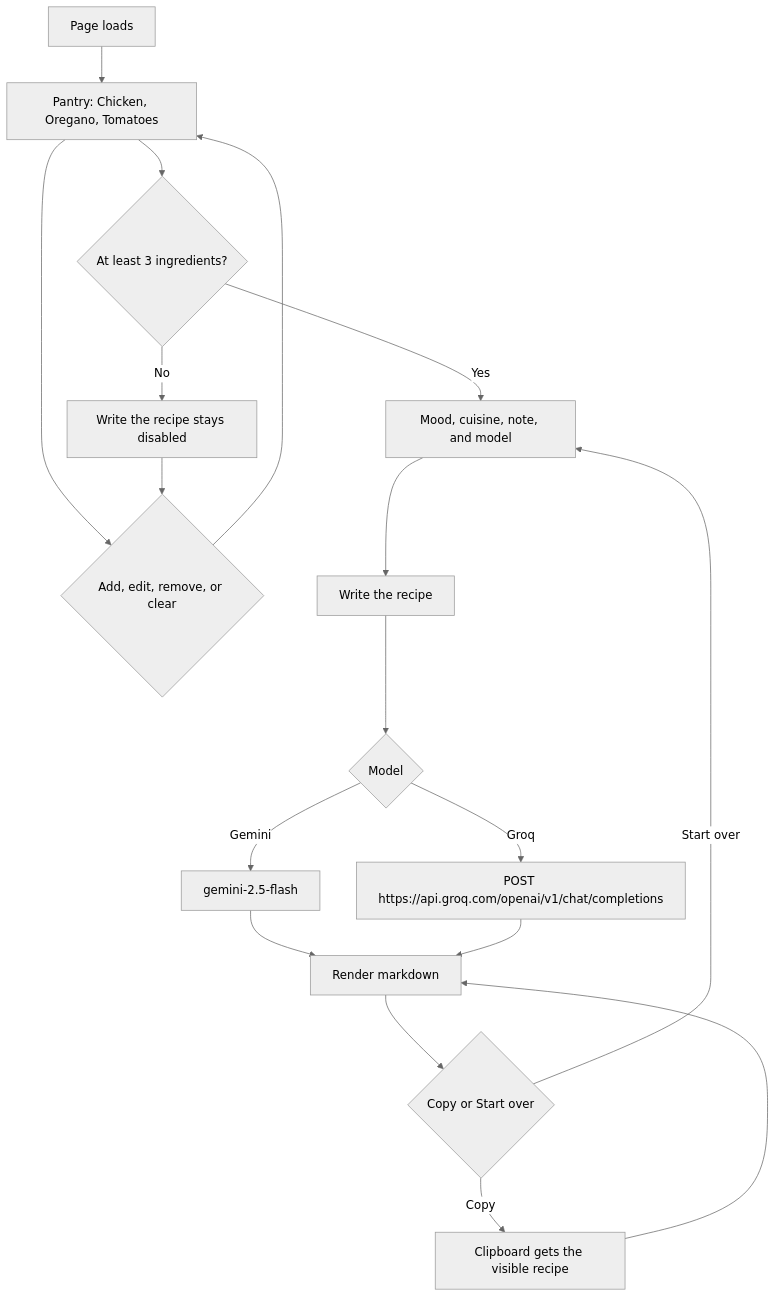
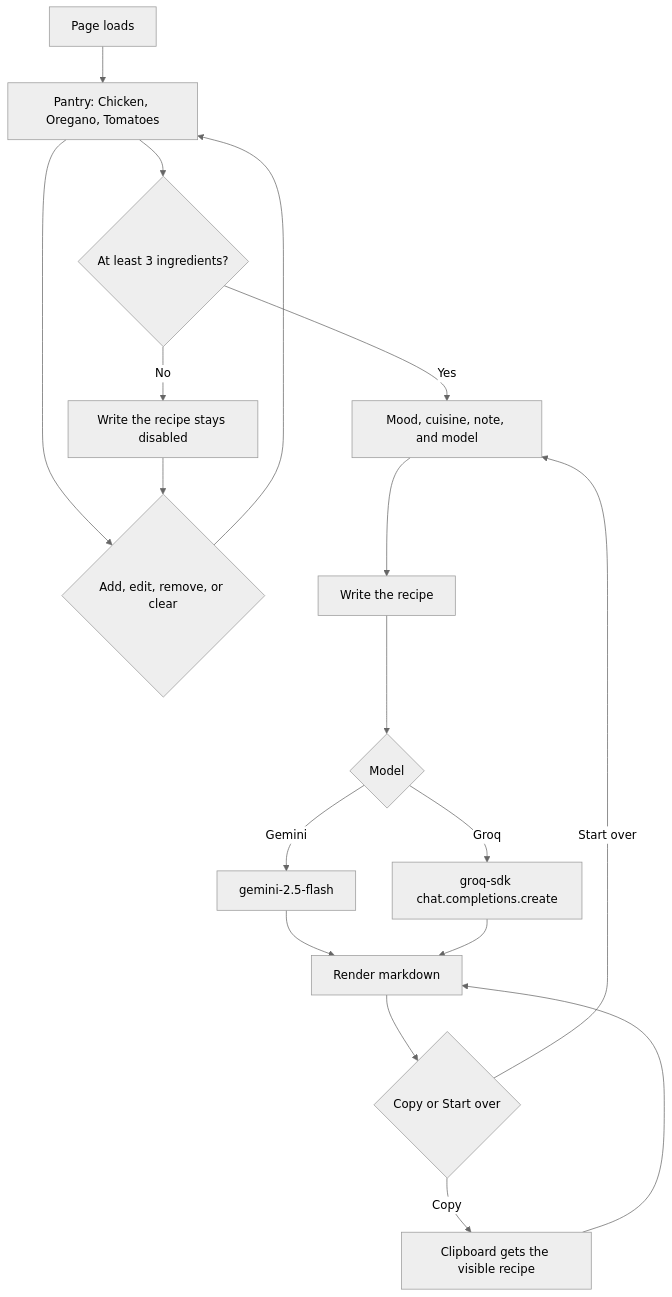
The third of 3 diagrams in documentation.md (baldemoussa/AI-cooking-assistant), drawn with Mermaid (neutral theme) before and after one commit. The commit also changed other lines of this file and 4 other files, not shown here.

First line of the commit message:
Refactor Groq API integration and update documentation

````diff
--- a/documentation.md
+++ b/documentation.md
@@ -69,20 +69,20 @@
 ```mermaid
 flowchart TD
   start[Page loads] --> pantry[Pantry: Chicken, Oregano, Tomatoes]
   pantry --> edit{Add, edit, remove, or clear}
   edit --> pantry
   pantry --> ready{At least 3 ingredients?}
   ready -->|No| locked[Write the recipe stays disabled]
   locked --> edit
   ready -->|Yes| choices[Mood, cuisine, note, and model]
   choices --> write[Write the recipe]
   write --> which{Model}
   which -->|Gemini| gemini[gemini-2.5-flash]
-  which -->|Groq| groq["POST https://api.groq.com/openai/v1/chat/completions"]
+  which -->|Groq| groq["groq-sdk chat.completions.create"]
   gemini --> show[Render markdown]
   groq --> show
   show --> after{Copy or Start over}
   after -->|Copy| clipboard[Clipboard gets the visible recipe]
   after -->|Start over| choices
   clipboard --> show
 ```
````
